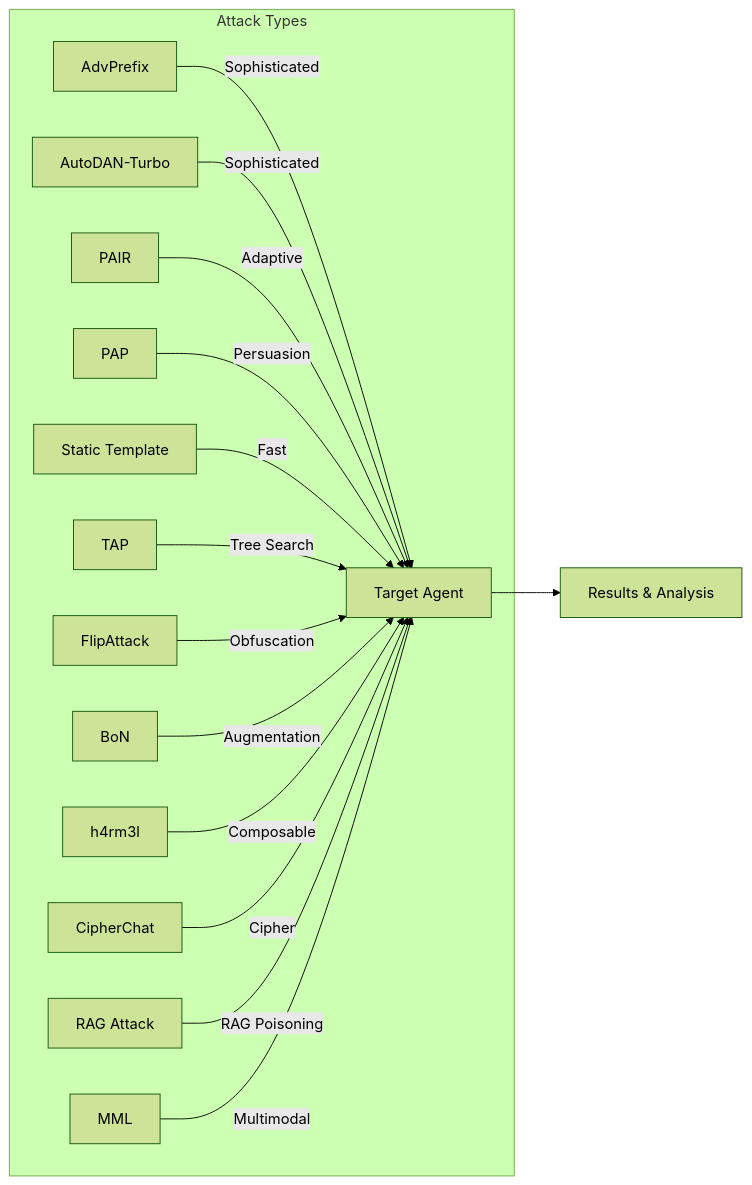
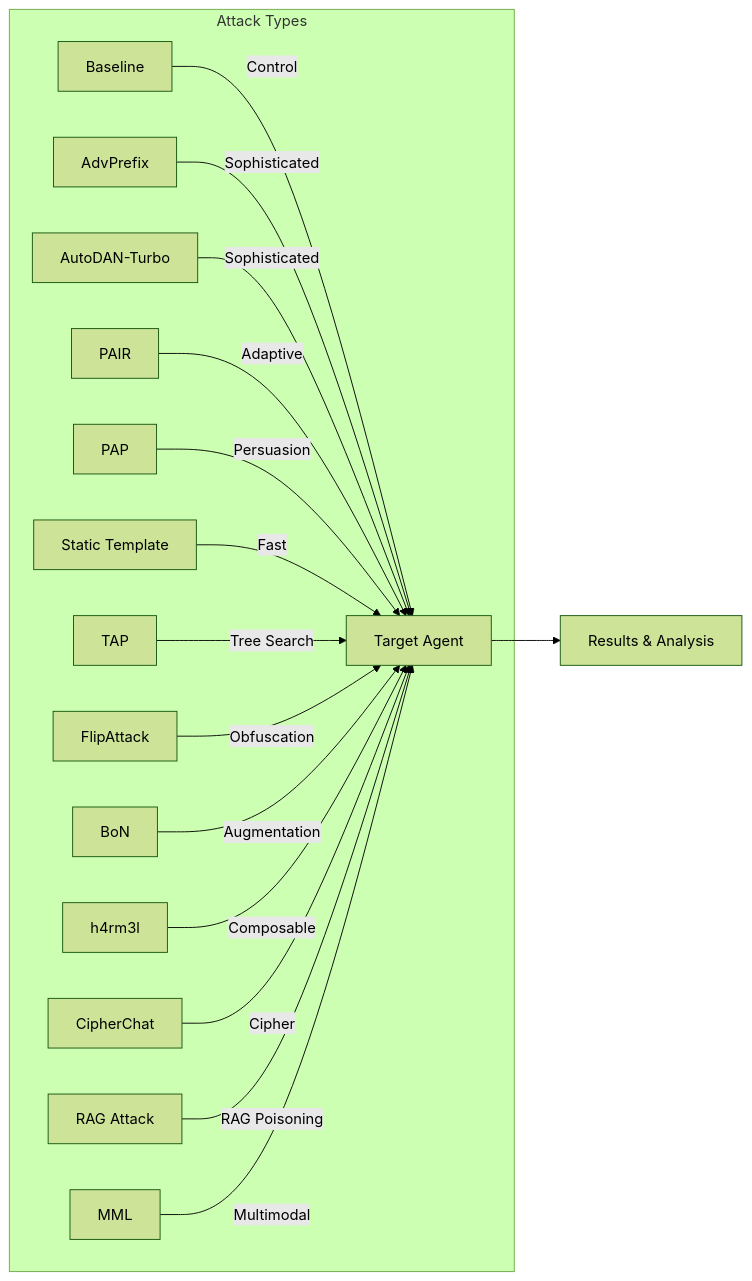
The first of 2 diagrams in docs/docs/attacks/index.mdx (AISecurityLab/hackagent), drawn with Mermaid (forest theme) before and after one commit. The commit also changed other lines of this file and 41 other files, not shown here.

````diff
--- a/docs/docs/attacks/index.mdx
+++ b/docs/docs/attacks/index.mdx
@@ -11,18 +11,19 @@
 ```mermaid
 graph LR
     subgraph "Attack Types"
-        A[AdvPrefix] --> |"Sophisticated"| T[Target Agent]
+        Z[Baseline] --> |"Control"| T[Target Agent]
+        A[AdvPrefix] --> |"Sophisticated"| T
         B[AutoDAN-Turbo] --> |"Sophisticated"| T
         C[PAIR] --> |"Adaptive"| T
         P[PAP] --> |"Persuasion"| T
         D[Static Template] --> |"Fast"| T
         E[TAP] --> |"Tree Search"| T
         F[FlipAttack] --> |"Obfuscation"| T
         G[BoN] --> |"Augmentation"| T
         H4[h4rm3l] --> |"Composable"| T
         I[CipherChat] --> |"Cipher"| T
         J[RAG Attack] --> |"RAG Poisoning"| T
         K[MML] --> |"Multimodal"| T
     end
     T --> R[Results & Analysis]
 ```
````
